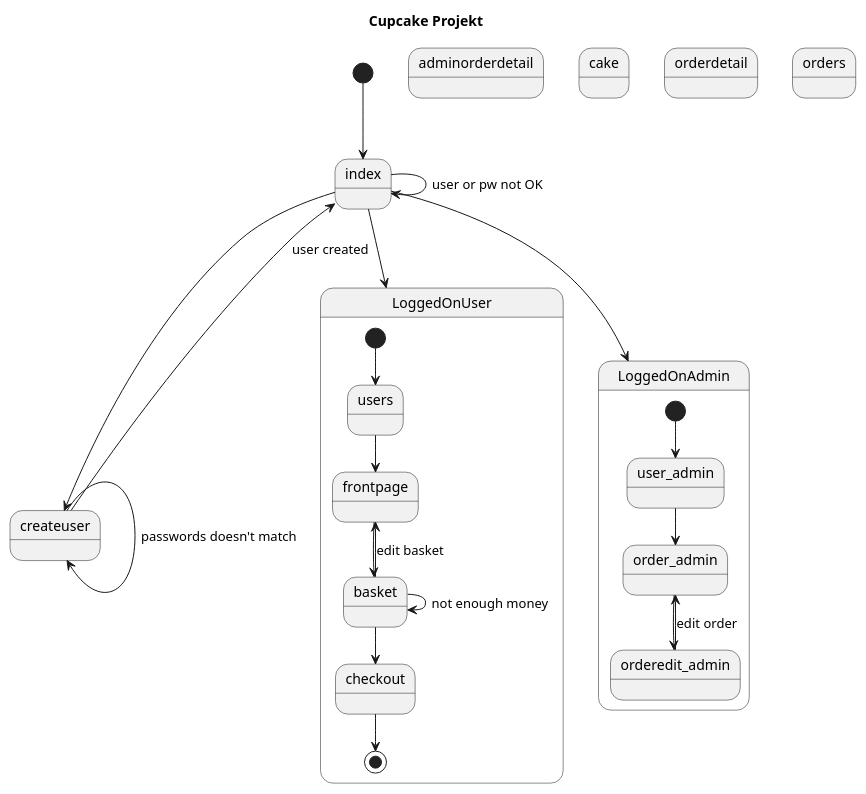
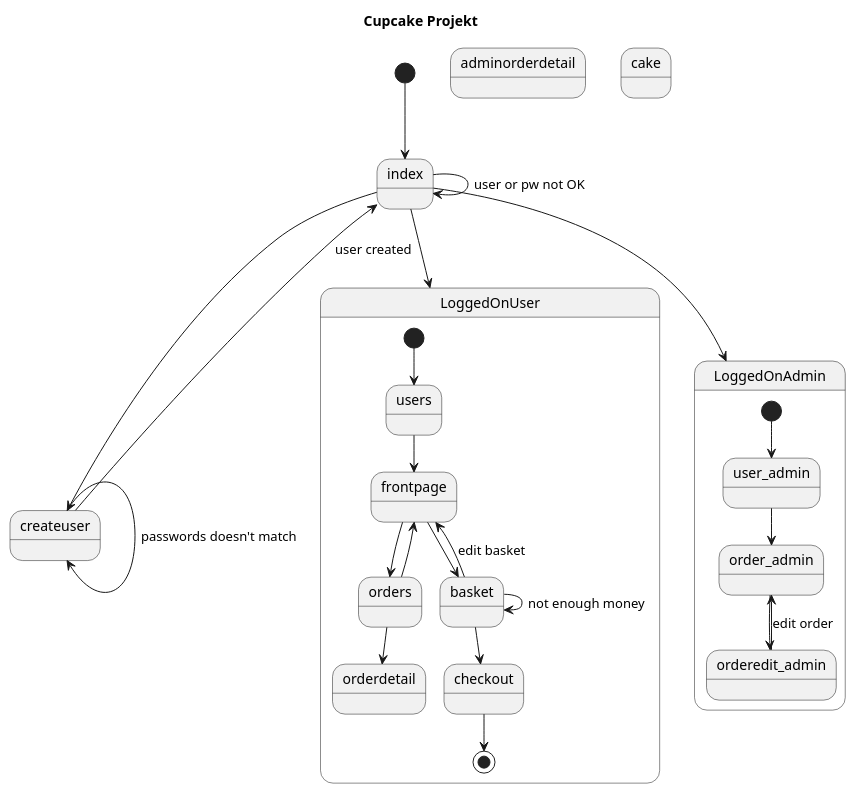
Before and after one commit to altinkaya/Cupcake: the diagram in models/CupcakeNavigationDiagram.puml, drawn with PlantUML.

```diff
--- a/models/CupcakeNavigationDiagram.puml
+++ b/models/CupcakeNavigationDiagram.puml
@@ -1,46 +1,50 @@
 @startuml
 Title Cupcake Projekt
 
 State index
 State adminorderdetail
 State cake
 State createuser
-State orderdetail
-State orders
+
 
 [*] --> index
 index --> index : user or pw not OK
 index --> createuser
 createuser --> index : user created
 createuser --> createuser : passwords doesn't match
 index --> LoggedOnUser
 index --> LoggedOnAdmin
 
 
 
 state LoggedOnAdmin {
 state user_admin
 state order_admin
 state orderedit_admin
     [*] --> user_admin
     user_admin --> order_admin
     order_admin --> orderedit_admin
     orderedit_admin --> order_admin : edit order
 
 
 }
 
 state LoggedOnUser {
  state users
  state frontpage
+ State orderdetail
+ State orders
  state basket
  state checkout
  [*] --> users
  users --> frontpage
  frontpage --> basket
  basket --> frontpage : edit basket
+ frontpage --> orders
+ orders --> frontpage
+ orders --> orderdetail
  basket --> basket : not enough money
  basket --> checkout
  checkout --> [*]
 }
 @enduml
```
